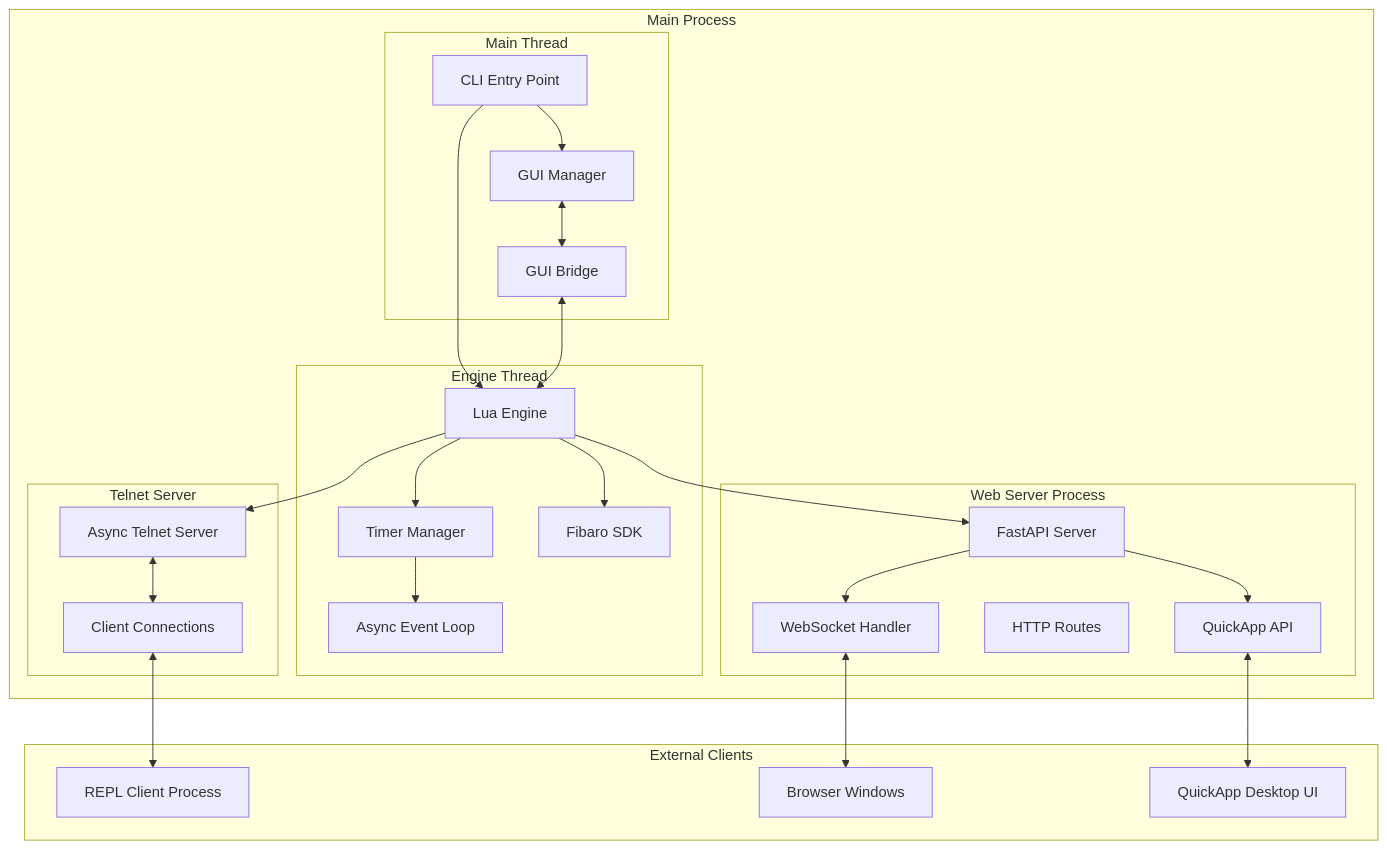
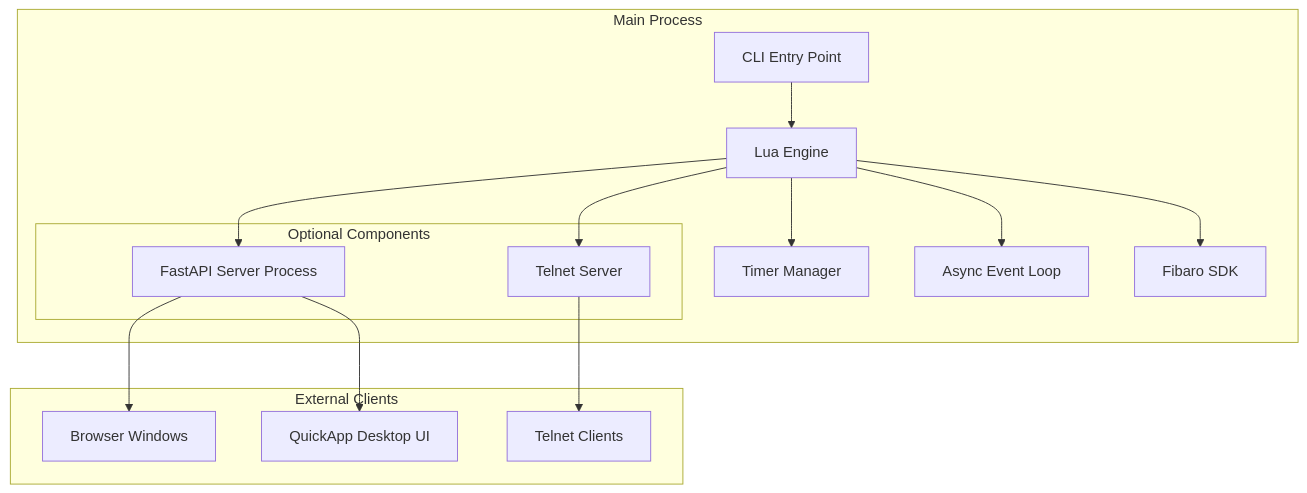
One commit to jangabrielsson/plua changed the first of 17 diagrams in ARCHITECTURE.md. Above: the diagram before and after it, drawn with Mermaid. The commit also changed other lines of this file and 2 other files, not shown here.

````diff
--- a/ARCHITECTURE.md
+++ b/ARCHITECTURE.md
@@ -20,51 +19,31 @@
 ```mermaid
 graph TB
     subgraph "Main Process"
-        subgraph "Main Thread"
-            CLI[CLI Entry Point]
-            GUI[GUI Manager]
-            GUI_BRIDGE[GUI Bridge]
-        end
+        CLI[CLI Entry Point]
+        LUA_ENGINE[Lua Engine]
+        TIMER_MGR[Timer Manager]
+        ASYNC_LOOP[Async Event Loop]
+        FIBARO_SDK[Fibaro SDK]
         
-        subgraph "Engine Thread"
-            LUA_ENGINE[Lua Engine]
-            TIMER_MGR[Timer Manager]
-            ASYNC_LOOP[Async Event Loop]
-            FIBARO_SDK[Fibaro SDK]
-        end
-        
-        subgraph "Web Server Process"
-            FASTAPI[FastAPI Server]
-            WEBSOCKET[WebSocket Handler]
-            WEB_ROUTES[HTTP Routes]
-            QUICKAPP_API[QuickApp API]
-        end
-        
-        subgraph "Telnet Server"
-            TELNET[Async Telnet Server]
-            TELNET_CLIENTS[Client Connections]
+        subgraph "Optional Components"
+            FASTAPI[FastAPI Server Process]
+            TELNET[Telnet Server]
         end
     end
     
     subgraph "External Clients"
-        REPL_CLIENT[REPL Client Process]
         BROWSER[Browser Windows]
         QUICKAPP_UI[QuickApp Desktop UI]
+        TELNET_CLIENT[Telnet Clients]
     end
     
-    CLI --> GUI
     CLI --> LUA_ENGINE
-    GUI <--> GUI_BRIDGE
-    GUI_BRIDGE <--> LUA_ENGINE
     LUA_ENGINE --> TIMER_MGR
     LUA_ENGINE --> FIBARO_SDK
-    TIMER_MGR --> ASYNC_LOOP
+    LUA_ENGINE --> ASYNC_LOOP
     LUA_ENGINE --> FASTAPI
     LUA_ENGINE --> TELNET
-    FASTAPI --> WEBSOCKET
-    FASTAPI --> QUICKAPP_API
-    TELNET <--> TELNET_CLIENTS
-    TELNET_CLIENTS <--> REPL_CLIENT
-    WEBSOCKET <--> BROWSER
-    QUICKAPP_API <--> QUICKAPP_UI
+    FASTAPI --> BROWSER
+    FASTAPI --> QUICKAPP_UI
+    TELNET --> TELNET_CLIENT
 ```
````
